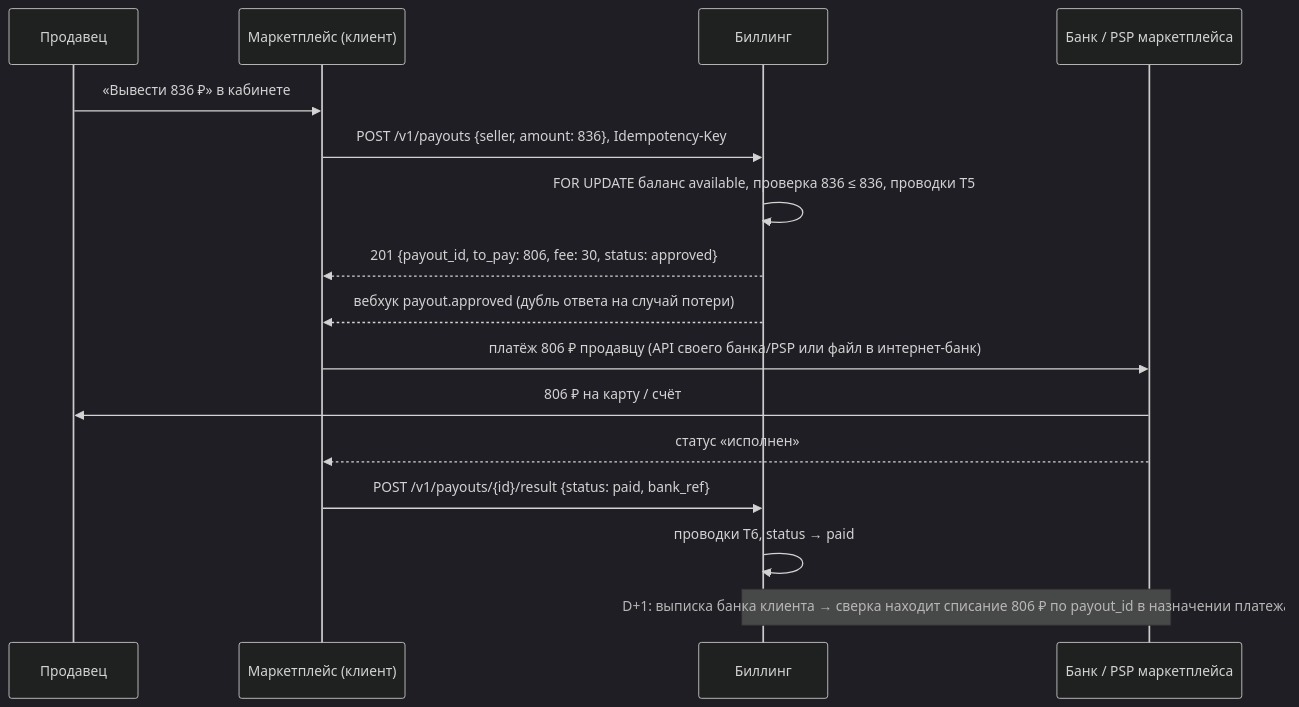
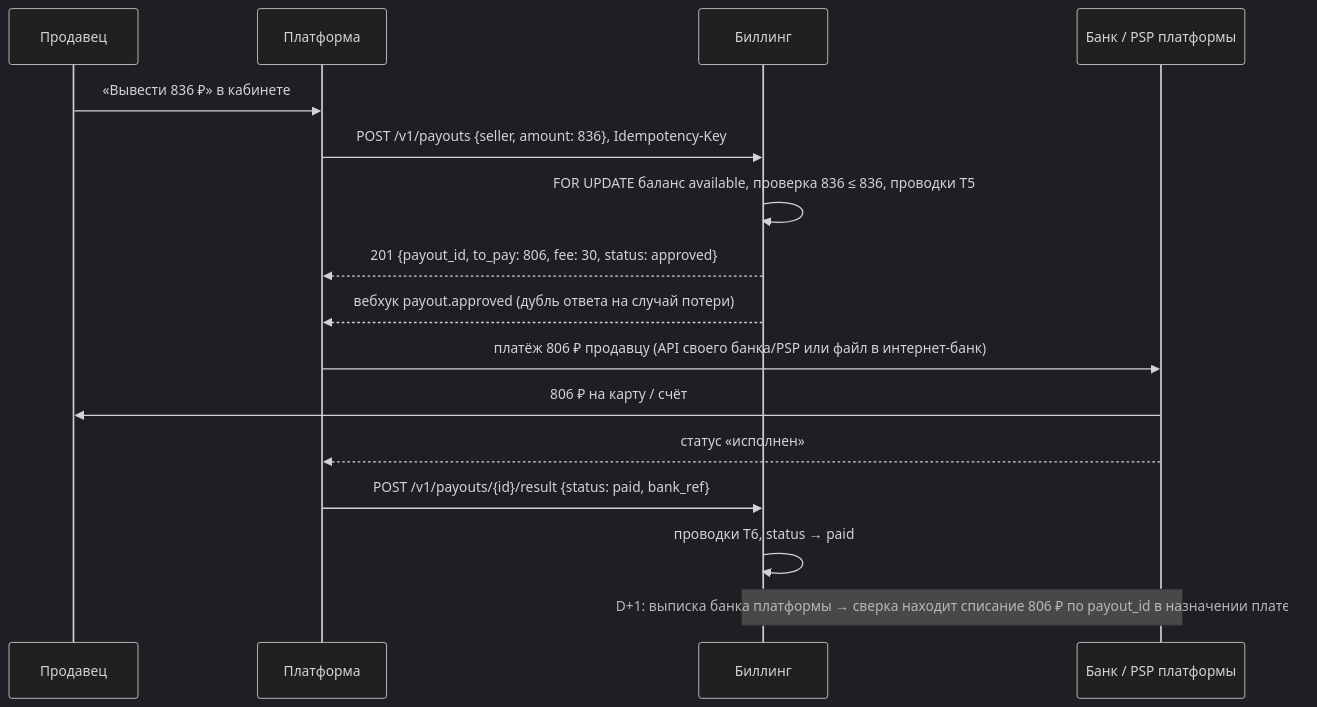
The second of 6 diagrams in 03-high-level-design.md (hino-2/plat-forma), drawn with Mermaid (dark theme) before and after one commit. The commit also changed other lines of this file and 6 other files, not shown here.

````diff
--- a/03-high-level-design.md
+++ b/03-high-level-design.md
@@ -151,19 +151,19 @@
 ```mermaid
 sequenceDiagram
   participant S as Продавец
-  participant M as Маркетплейс (клиент)
+  participant M as Платформа
   participant B as Биллинг
-  participant K as Банк / PSP маркетплейса
+  participant K as Банк / PSP платформы
 
   S->>M: «Вывести 836 ₽» в кабинете
   M->>B: POST /v1/payouts {seller, amount: 836}, Idempotency-Key
   B->>B: FOR UPDATE баланс available, проверка 836 ≤ 836, проводки T5
   B-->>M: 201 {payout_id, to_pay: 806, fee: 30, status: approved}
   B-->>M: вебхук payout.approved (дубль ответа на случай потери)
   M->>K: платёж 806 ₽ продавцу (API своего банка/PSP или файл в интернет-банк)
   K->>S: 806 ₽ на карту / счёт
   K-->>M: статус «исполнен»
   M->>B: POST /v1/payouts/{id}/result {status: paid, bank_ref}
   B->>B: проводки T6, status → paid
-  Note over B,K: D+1: выписка банка клиента → сверка находит списание 806 ₽ по payout_id в назначении платежа
+  Note over B,K: D+1: выписка банка платформы → сверка находит списание 806 ₽ по payout_id в назначении платежа
 ```
````
